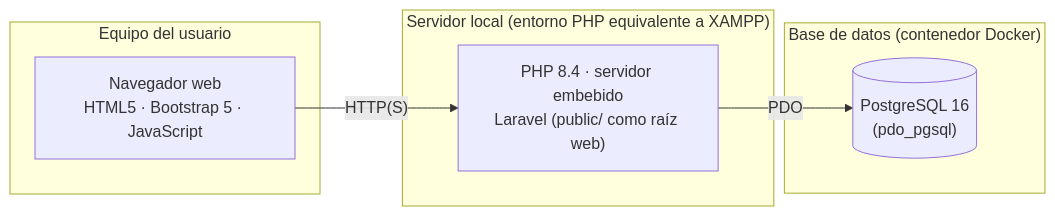
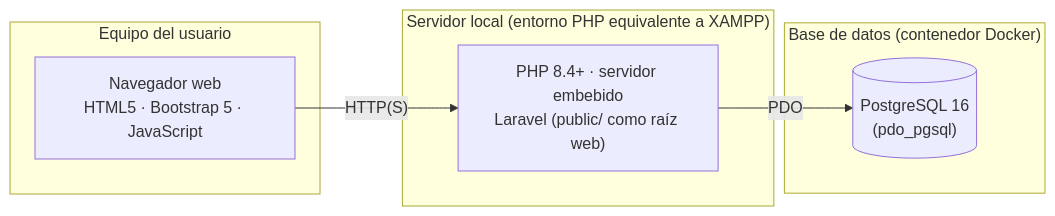
Before and after one commit to Einarpd26/2do-examen-ing-requisitos: the tenth of 15 diagrams in documento/Informe-Final.md, drawn with Mermaid. The commit also changed other lines of this file, not shown here.

Commit message:
docs(informe): unificar la version de PHP (8.4 o superior, probado con 8.5.4) y corregir un typo en 6.3.2

````diff
--- a/documento/Informe-Final.md
+++ b/documento/Informe-Final.md
@@ -994,14 +994,14 @@
 ```mermaid
 flowchart LR
     subgraph Cliente["Equipo del usuario"]
         N["Navegador web\nHTML5 · Bootstrap 5 · JavaScript"]
     end
     subgraph Servidor["Servidor local (entorno PHP equivalente a XAMPP)"]
-        A["PHP 8.4 · servidor embebido\nLaravel (public/ como raíz web)"]
+        A["PHP 8.4+ · servidor embebido\nLaravel (public/ como raíz web)"]
     end
     subgraph BD["Base de datos (contenedor Docker)"]
         P[("PostgreSQL 16\n(pdo_pgsql)")]
     end
     N -- "HTTP(S)" --> A
     A -- "PDO" --> P
 ```
````
